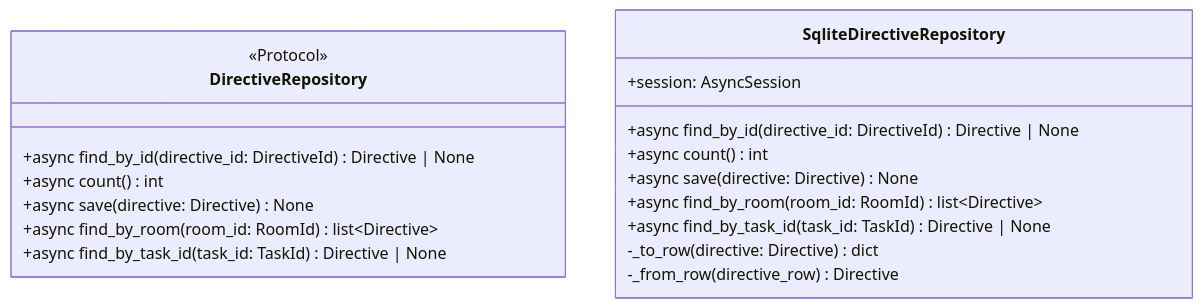
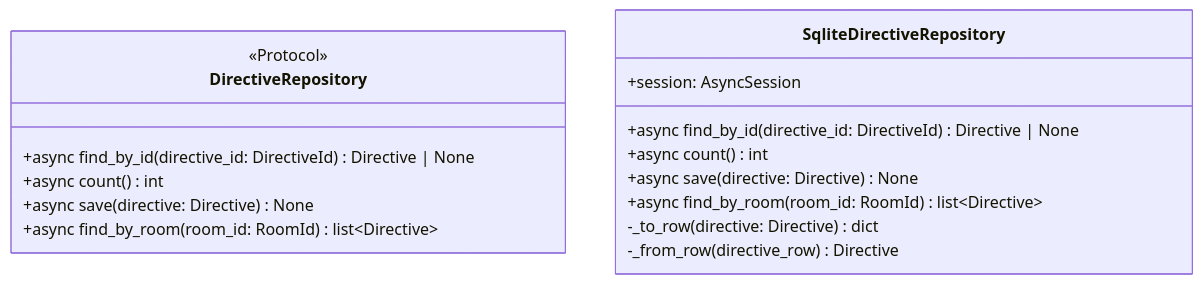
The diagram in docs/features/directive-repository/detailed-design.md (bakufu-dev/bakufu), drawn with Mermaid before and after one commit. The commit also changed other lines of this file and 3 other files, not shown here.

````diff
--- a/docs/features/directive-repository/detailed-design.md
+++ b/docs/features/directive-repository/detailed-design.md
@@ -14,21 +14,19 @@
 ```mermaid
 classDiagram
     class DirectiveRepository {
         <<Protocol>>
         +async find_by_id(directive_id: DirectiveId) Directive | None
         +async count() int
         +async save(directive: Directive) None
         +async find_by_room(room_id: RoomId) list~Directive~
-        +async find_by_task_id(task_id: TaskId) Directive | None
     }
     class SqliteDirectiveRepository {
         +session: AsyncSession
         +async find_by_id(directive_id: DirectiveId) Directive | None
         +async count() int
         +async save(directive: Directive) None
         +async find_by_room(room_id: RoomId) list~Directive~
-        +async find_by_task_id(task_id: TaskId) Directive | None
         -_to_row(directive: Directive) dict
         -_from_row(directive_row) Directive
     }
 ```
````
